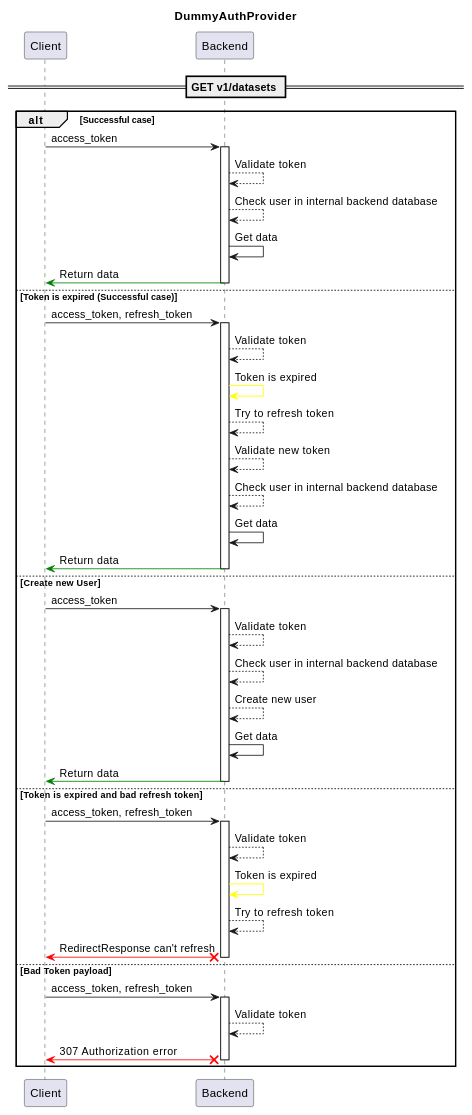
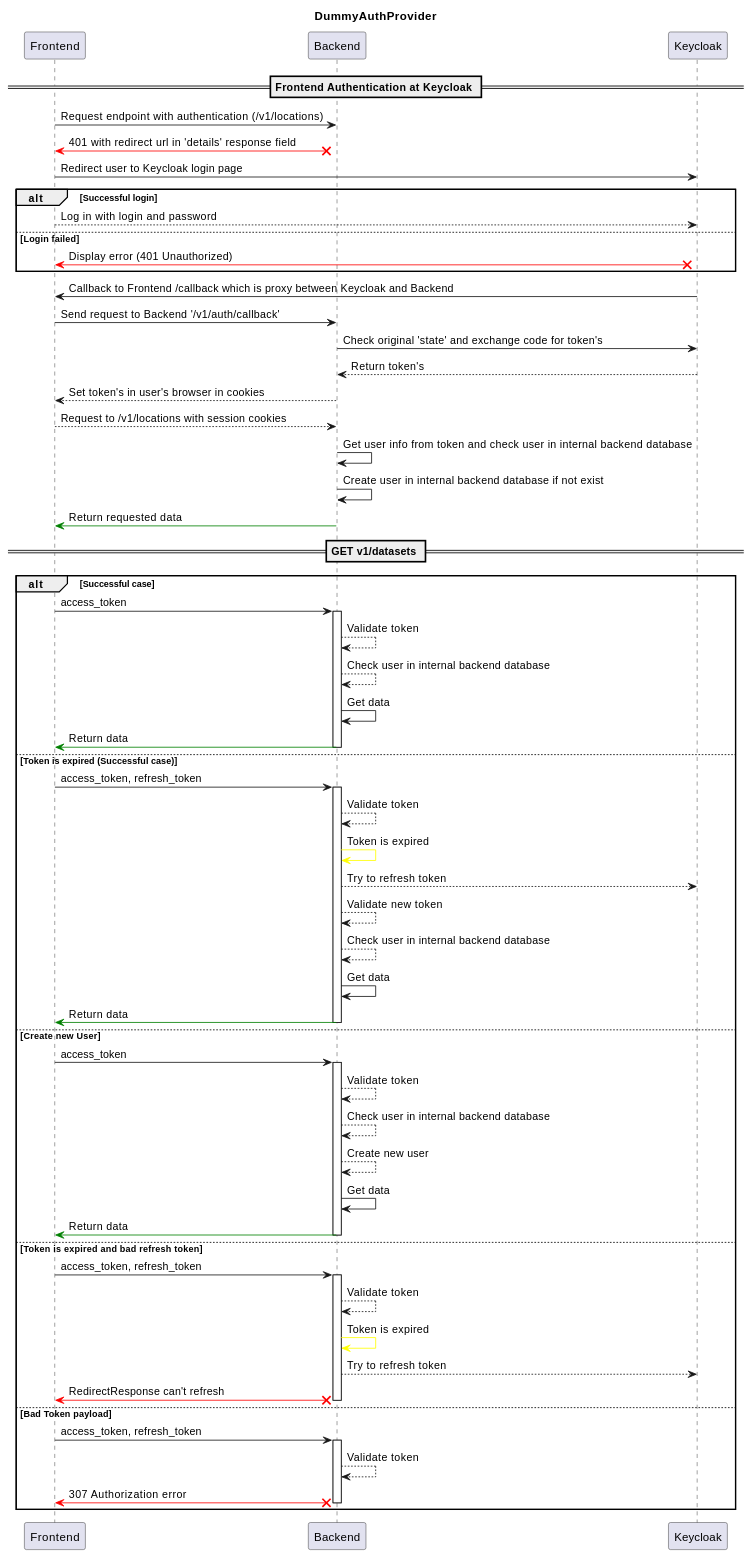
One commit to MobileTeleSystems/data-rentgen changed the diagram in docs/reference/server/auth/keycloak.rst. Above: the diagram before and after it, drawn with PlantUML. The commit also changed 9 other files, not shown here.

First line of the commit message:
[DOP-21576] Update Keycloak provider for auth with Frontend (#131)

```diff
--- a/docs/reference/server/auth/keycloak.rst
+++ b/docs/reference/server/auth/keycloak.rst
@@ -21,50 +21,80 @@
     .. plantuml::
 
         @startuml
             title DummyAuthProvider
-            participant "Client"
+            participant "Frontend"
             participant "Backend"
+            participant "Keycloak"
+
+            == Frontend Authentication at Keycloak ==
+
+            Frontend -> Backend : Request endpoint with authentication (/v1/locations)
+
+            Backend x-[#red]> Frontend: 401 with redirect url in 'details' response field
+
+            Frontend -> Keycloak : Redirect user to Keycloak login page
+
+            alt Successful login
+                Frontend --> Keycloak : Log in with login and password
+            else Login failed
+                Keycloak x-[#red]> Frontend -- : Display error (401 Unauthorized)
+            end
+
+            Keycloak -> Frontend : Callback to Frontend /callback which is proxy between Keycloak and Backend
+
+            Frontend -> Backend : Send request to Backend '/v1/auth/callback'
+
+            Backend -> Keycloak : Check original 'state' and exchange code for token's
+            Keycloak --> Backend : Return token's
+            Backend --> Frontend : Set token's in user's browser in cookies
+
+            Frontend --> Backend : Request to /v1/locations with session cookies
+            Backend -> Backend : Get user info from token and check user in internal backend database
+            Backend -> Backend : Create user in internal backend database if not exist
+            Backend -[#green]> Frontend -- : Return requested data
+
 
             == GET v1/datasets ==
 
+
             alt Successful case
-                "Client" -> "Backend" ++ : access_token
+                "Frontend" -> "Backend" ++ : access_token
                 "Backend" --> "Backend" : Validate token
                 "Backend" --> "Backend" : Check user in internal backend database
                 "Backend" -> "Backend" : Get data
-                "Backend" -[#green]> "Client" -- : Return data
+                "Backend" -[#green]> "Frontend" -- : Return data
 
             else Token is expired (Successful case)
-                "Client" -> "Backend" ++ : access_token, refresh_token
+                "Frontend" -> "Backend" ++ : access_token, refresh_token
                 "Backend" --> "Backend" : Validate token
                 "Backend" -[#yellow]> "Backend" : Token is expired
-                "Backend" --> "Backend" : Try to refresh token
+                "Backend" --> "Keycloak" : Try to refresh token
                 "Backend" --> "Backend" : Validate new token
                 "Backend" --> "Backend" : Check user in internal backend database
                 "Backend" -> "Backend" : Get data
-                "Backend" -[#green]> "Client" -- : Return data
+                "Backend" -[#green]> "Frontend" -- : Return data
 
             else Create new User
-                "Client" -> "Backend" ++ : access_token
+                "Frontend" -> "Backend" ++ : access_token
                 "Backend" --> "Backend" : Validate token
                 "Backend" --> "Backend" : Check user in internal backend database
                 "Backend" --> "Backend" : Create new user
                 "Backend" -> "Backend" : Get data
-                "Backend" -[#green]> "Client" -- : Return data
+                "Backend" -[#green]> "Frontend" -- : Return data
 
             else Token is expired and bad refresh token
-                "Client" -> "Backend" ++ : access_token, refresh_token
+                "Frontend" -> "Backend" ++ : access_token, refresh_token
                 "Backend" --> "Backend" : Validate token
                 "Backend" -[#yellow]> "Backend" : Token is expired
-                "Backend" --> "Backend" : Try to refresh token
-                "Backend" x-[#red]> "Client" -- : RedirectResponse can't refresh
+                "Backend" --> "Keycloak" : Try to refresh token
+                "Backend" x-[#red]> "Frontend" -- : RedirectResponse can't refresh
 
             else Bad Token payload
-                "Client" -> "Backend" ++ : access_token, refresh_token
+                "Frontend" -> "Backend" ++ : access_token, refresh_token
                 "Backend" --> "Backend" : Validate token
-                "Backend" x-[#red]> "Client" -- : 307 Authorization error
+                "Backend" x-[#red]> "Frontend" -- : 307 Authorization error
 
             end
 
-            deactivate "Client"
+            deactivate "Frontend"
         @enduml
```
